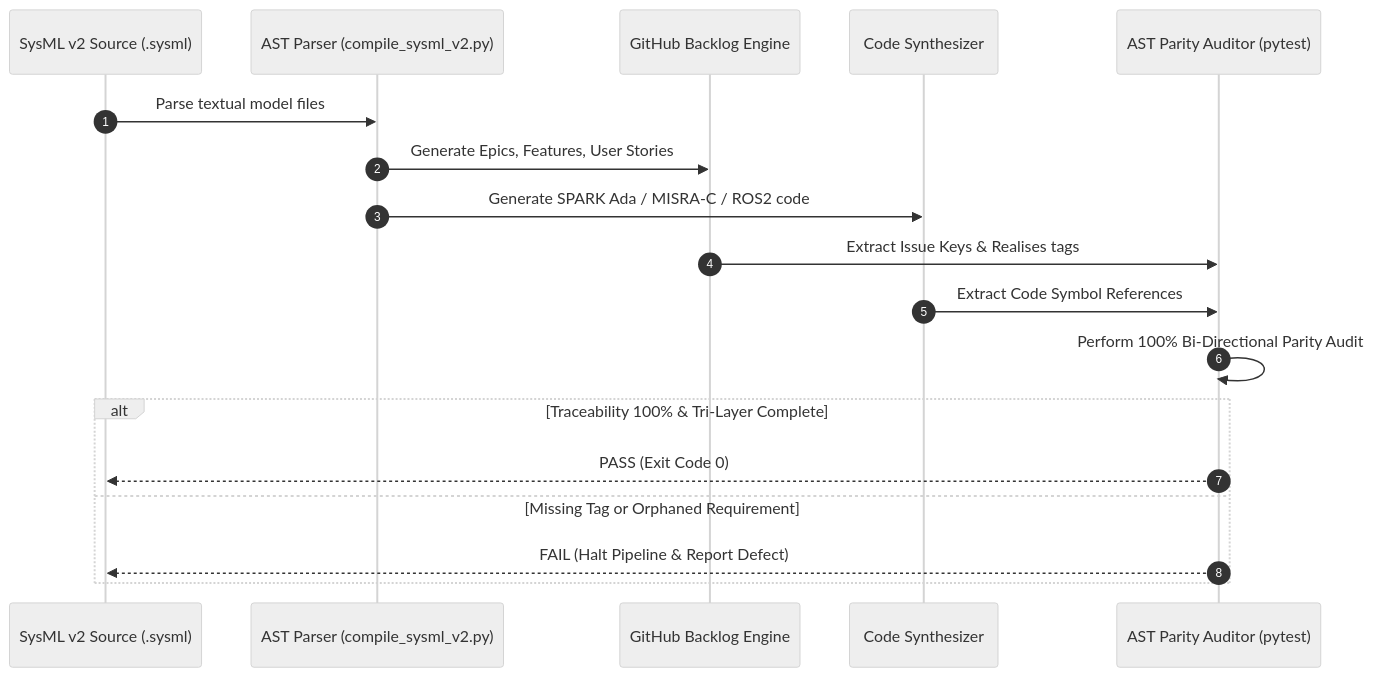
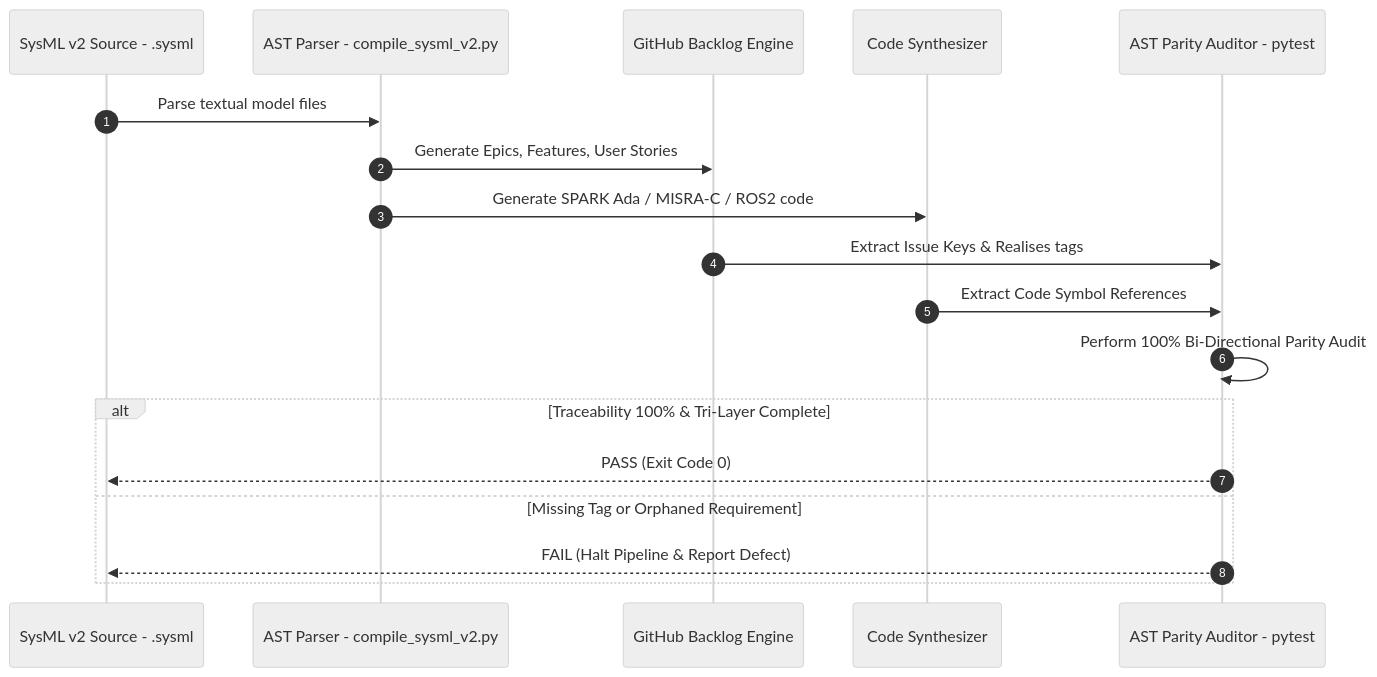
One commit to gintatkinson/DEAP-spec-core changed the sixth of 7 diagrams in docs/architecture/blueprints/DEAP_SYSML_V2_INGESTION_ENGINE_BLUEPRINT.md. Above: the diagram before and after it, drawn with Mermaid (neutral theme). The commit also changed other lines of this file and 1 other file, not shown here.

Commit message:
feat(blueprint): synchronize SysML v2 Ingestion Engine solution blueprint DEAP-BLUEPRINT-SYSML-003 across polyrepos

````diff
--- a/docs/architecture/blueprints/DEAP_SYSML_V2_INGESTION_ENGINE_BLUEPRINT.md
+++ b/docs/architecture/blueprints/DEAP_SYSML_V2_INGESTION_ENGINE_BLUEPRINT.md
@@ -346,21 +346,21 @@
 ```mermaid
 sequenceDiagram
     autonumber
-    participant SysML as SysML v2 Source (.sysml)
-    participant Parser as AST Parser (compile_sysml_v2.py)
+    participant SysML as SysML v2 Source - .sysml
+    participant Parser as AST Parser - compile_sysml_v2.py
     participant Backlog as GitHub Backlog Engine
     participant Synthesizer as Code Synthesizer
-    participant Gate as AST Parity Auditor (pytest)
+    participant Gate as AST Parity Auditor - pytest
 
     SysML->>Parser: Parse textual model files
     Parser->>Backlog: Generate Epics, Features, User Stories
     Parser->>Synthesizer: Generate SPARK Ada / MISRA-C / ROS2 code
     Backlog->>Gate: Extract Issue Keys & Realises tags
     Synthesizer->>Gate: Extract Code Symbol References
     Gate->>Gate: Perform 100% Bi-Directional Parity Audit
     alt Traceability 100% & Tri-Layer Complete
         Gate-->>SysML: PASS (Exit Code 0)
     else Missing Tag or Orphaned Requirement
         Gate-->>SysML: FAIL (Halt Pipeline & Report Defect)
     end
 ```
````
